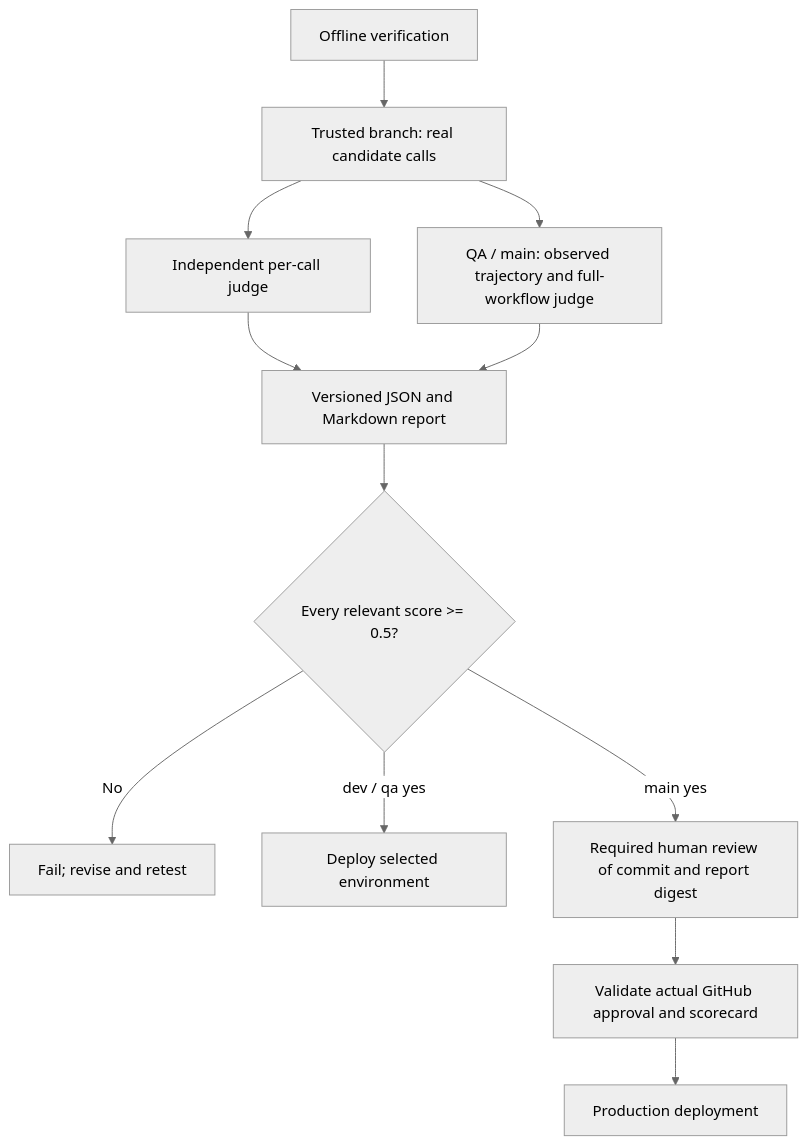
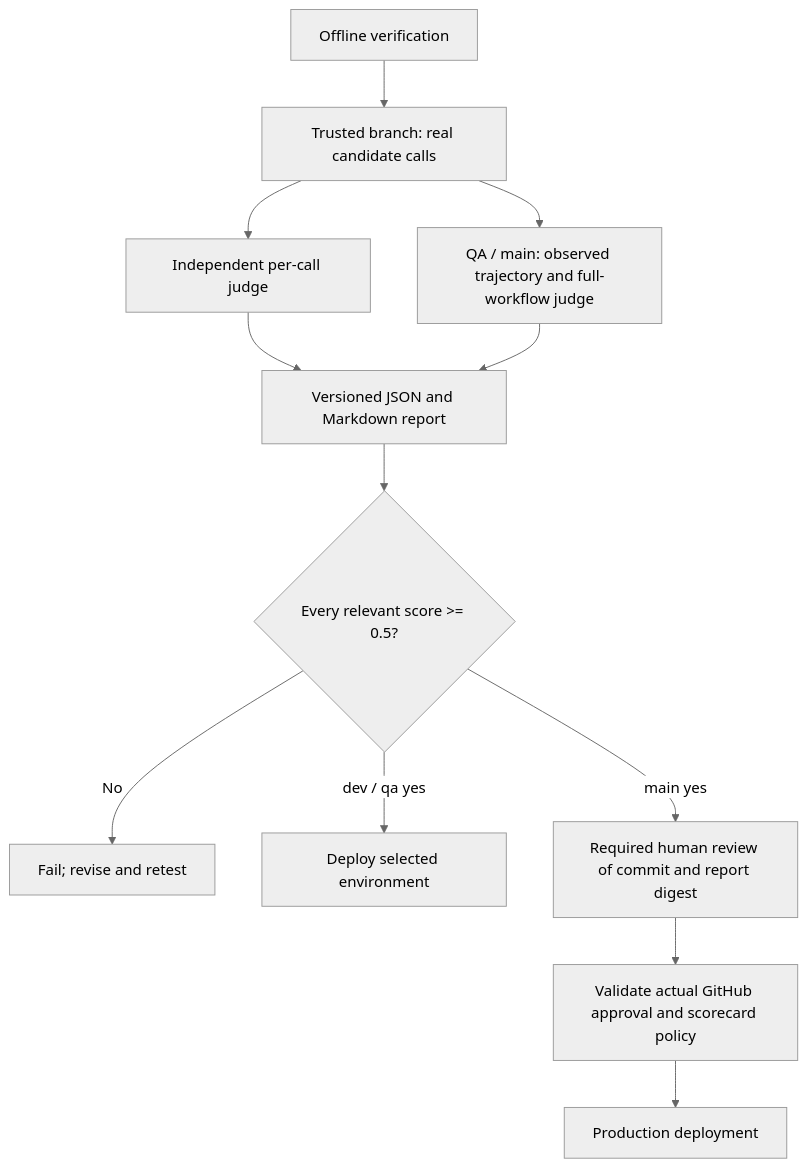
One commit to Bun2too/bun2too-website changed the diagram in docs/agent-evaluations.md. Above: the diagram before and after it, drawn with Mermaid (neutral theme). The commit also changed other lines of this file and 7 other files, not shown here.

````diff
--- a/docs/agent-evaluations.md
+++ b/docs/agent-evaluations.md
@@ -14,14 +14,14 @@
 ```mermaid
 flowchart TD
   V[Offline verification] --> E[Trusted branch: real candidate calls]
   E --> C[Independent per-call judge]
   E --> T[QA / main: observed trajectory and full-workflow judge]
   C --> R[Versioned JSON and Markdown report]
   T --> R
   R --> G{Every relevant score >= 0.5?}
   G -->|No| F[Fail; revise and retest]
   G -->|dev / qa yes| D[Deploy selected environment]
   G -->|main yes| H[Required human review of commit and report digest]
-  H --> A[Validate actual GitHub approval and scorecard]
+  H --> A[Validate actual GitHub approval and scorecard policy]
   A --> P[Production deployment]
 ```
````
